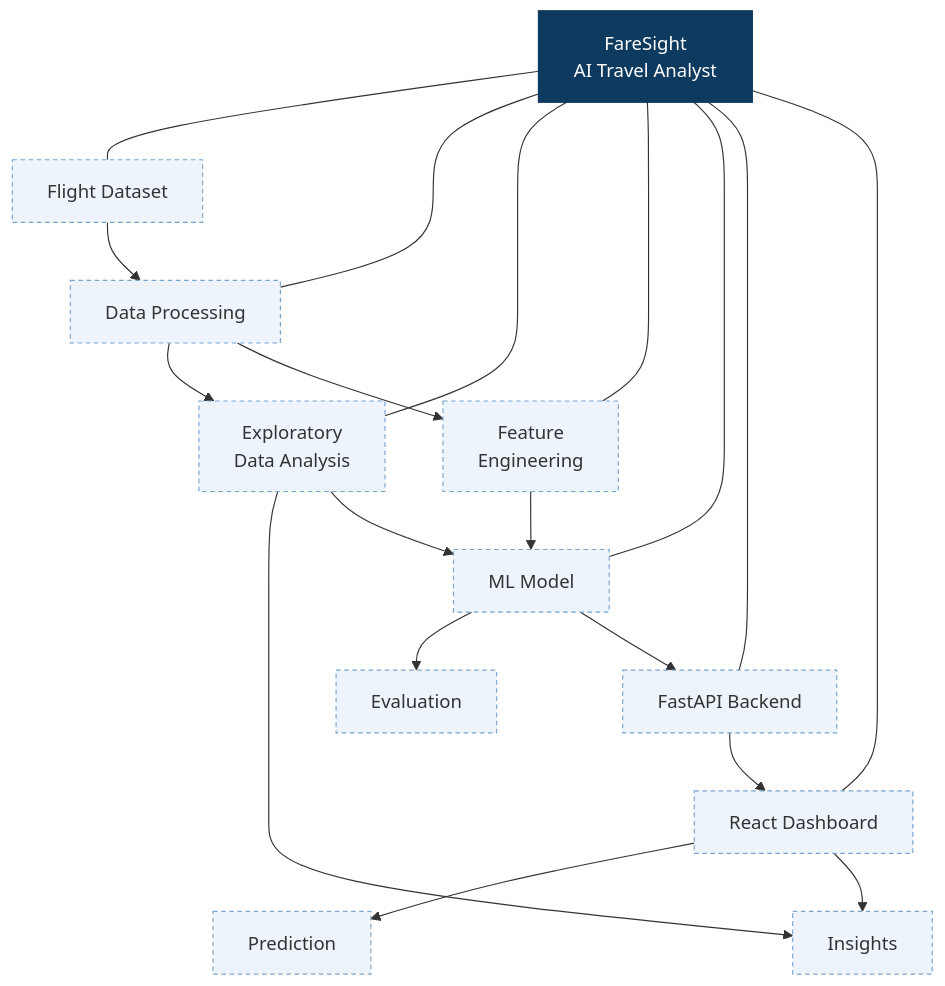
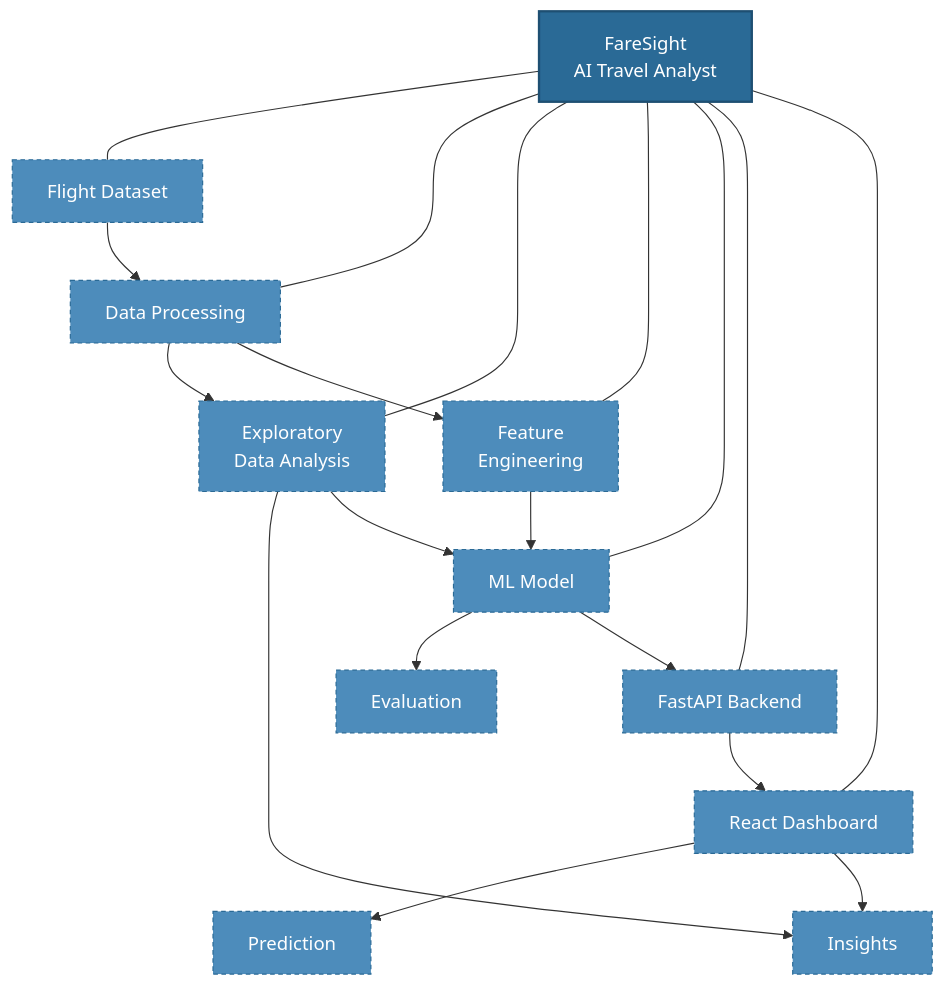
Before and after one commit to buildwithsoumya/FareSight: the first of 3 diagrams in README.md, drawn with Mermaid. The commit also changed other lines of this file, not shown here.

````diff
--- a/README.md
+++ b/README.md
@@ -68,39 +64,39 @@
 ```mermaid
 flowchart TD
     FS["FareSight<br/>AI Travel Analyst"]
     DS["Flight Dataset"]
     DP["Data Processing"]
     EDA["Exploratory<br/>Data Analysis"]
     FE["Feature<br/>Engineering"]
     ML["ML Model"]
     EVAL["Evaluation"]
     API["FastAPI Backend"]
     UI["React Dashboard"]
     PRED["Prediction"]
     INS["Insights"]
 
     FS --- DS
     FS --- DP
     FS --- EDA
     FS --- FE
     FS --- ML
     FS --- API
     FS --- UI
 
     DS --> DP
     DP --> EDA
     DP --> FE
     EDA --> INS
     EDA --> ML
     FE --> ML
     ML --> EVAL
     ML --> API
     API --> UI
     UI --> PRED
     UI --> INS
 
-    classDef core fill:#0f3a5f,color:#fff,stroke:#0f3a5f,stroke-width:2px;
-    classDef planned fill:#eef4fb,stroke:#7aa5cf,stroke-dasharray:4 3;
+    classDef core fill:#2a6a96,color:#ffffff,stroke:#1e4f72,stroke-width:2px;
+    classDef planned fill:#4d8cbb,color:#ffffff,stroke:#2a6a96,stroke-dasharray:4 3;
     class FS core;
     class DS,DP,EDA,FE,ML,EVAL,API,UI,PRED,INS planned;
 ```
````
